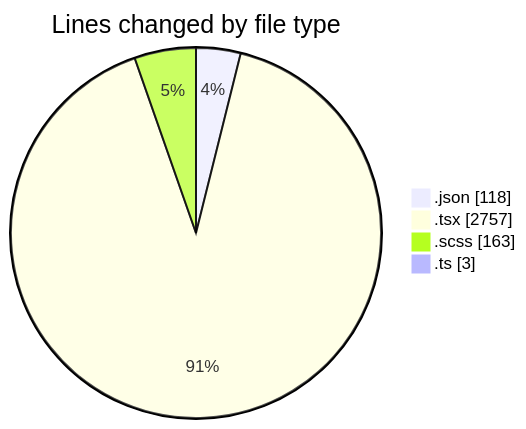
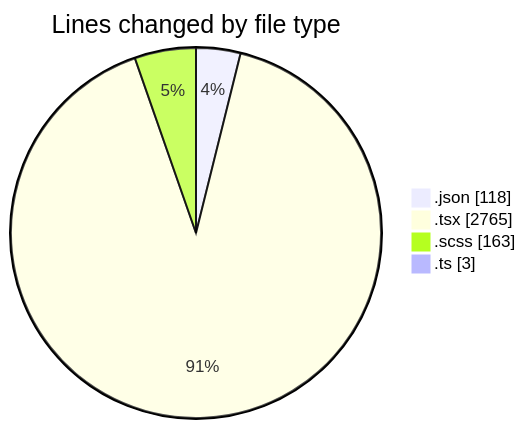
One commit to momahboobian/code-tracking changed the first of 2 diagrams in 2025-11-19/cda/README.md. Above: the diagram before and after it, drawn with Mermaid. The commit also changed other lines of this file and 1 other file, not shown here.

````diff
--- a/2025-11-19/cda/README.md
+++ b/2025-11-19/cda/README.md
@@ -28,8 +28,8 @@
 ```mermaid
 pie showData
 title Lines changed by file type
 ".json" : 118
-".tsx" : 2757
+".tsx" : 2765
 ".scss" : 163
 ".ts" : 3
 ```
````
